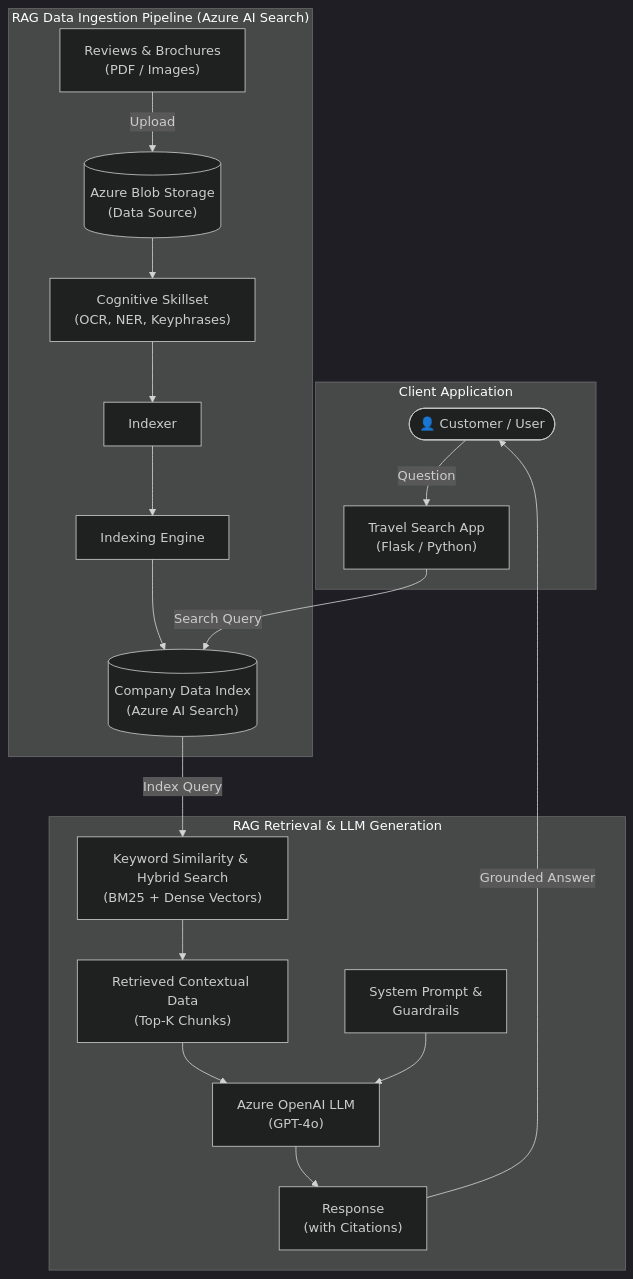
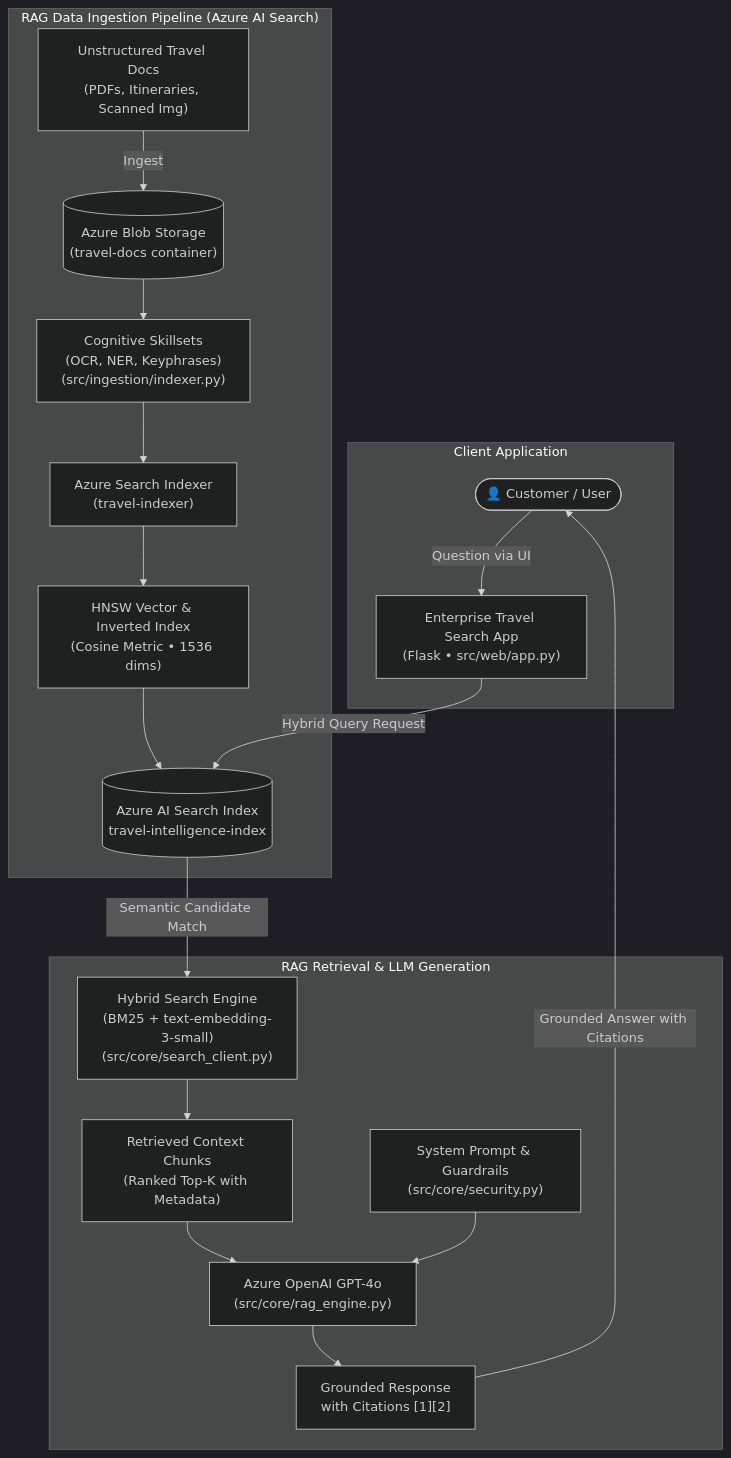
The diagram in README.md (valluri-anand/enterprise-travel-rag-assistant), drawn with Mermaid (dark theme) before and after one commit.

Commit message:
docs: enrich architecture diagram with project modules, index names, and models while preserving exact structure

````diff
--- a/README.md
+++ b/README.md
@@ -24,44 +24,44 @@
 ```mermaid
 flowchart TD
     %% Left: Customer / User & Search App
     subgraph ClientSection["Client Application"]
         Customer(["👤 Customer / User"])
-        WebApp["Travel Search App\n(Flask / Python)"]
+        WebApp["Enterprise Travel Search App\n(Flask • src/web/app.py)"]
     end
 
     %% Right: RAG Data Ingestion Pipeline
     subgraph IngestionPipeline["RAG Data Ingestion Pipeline (Azure AI Search)"]
-        RawDocs["Reviews & Brochures\n(PDF / Images)"]
-        BlobStore[("Azure Blob Storage\n(Data Source)")]
-        Skillset["Cognitive Skillset\n(OCR, NER, Keyphrases)"]
-        Indexer["Indexer"]
-        IndexingEngine["Indexing Engine"]
-        CompanyData[("Company Data Index\n(Azure AI Search)")]
+        RawDocs["Unstructured Travel Docs\n(PDFs, Itineraries, Scanned Img)"]
+        BlobStore[("Azure Blob Storage\n(travel-docs container)")]
+        Skillset["Cognitive Skillsets\n(OCR, NER, Keyphrases)\n(src/ingestion/indexer.py)"]
+        Indexer["Azure Search Indexer\n(travel-indexer)"]
+        IndexingEngine["HNSW Vector & Inverted Index\n(Cosine Metric • 1536 dims)"]
+        CompanyData[("Azure AI Search Index\ntravel-intelligence-index")]
 
-        RawDocs -->|"Upload"| BlobStore
+        RawDocs -->|"Ingest"| BlobStore
         BlobStore --> Skillset
         Skillset --> Indexer
         Indexer --> IndexingEngine
         IndexingEngine --> CompanyData
     end
 
     %% Bottom: Retrieval & LLM Generation Loop
     subgraph RetrievalGeneration["RAG Retrieval & LLM Generation"]
-        Retrieval["Keyword Similarity & Hybrid Search\n(BM25 + Dense Vectors)"]
-        Context["Retrieved Contextual Data\n(Top-K Chunks)"]
-        Prompt["System Prompt &\nGuardrails"]
-        LLM["Azure OpenAI LLM\n(GPT-4o)"]
-        Response["Response\n(with Citations)"]
+        Retrieval["Hybrid Search Engine\n(BM25 + text-embedding-3-small)\n(src/core/search_client.py)"]
+        Context["Retrieved Context Chunks\n(Ranked Top-K with Metadata)"]
+        Prompt["System Prompt & Guardrails\n(src/core/security.py)"]
+        LLM["Azure OpenAI GPT-4o\n(src/core/rag_engine.py)"]
+        Response["Grounded Response\nwith Citations [1][2]"]
 
-        CompanyData -->|"Index Query"| Retrieval
+        CompanyData -->|"Semantic Candidate Match"| Retrieval
         Retrieval --> Context
         Context --> LLM
         Prompt --> LLM
         LLM --> Response
     end
 
     %% Interactive Flow Connections
-    Customer -->|"Question"| WebApp
-    WebApp -->|"Search Query"| CompanyData
-    Response -->|"Grounded Answer"| Customer
+    Customer -->|"Question via UI"| WebApp
+    WebApp -->|"Hybrid Query Request"| CompanyData
+    Response -->|"Grounded Answer with Citations"| Customer
 ```
````
